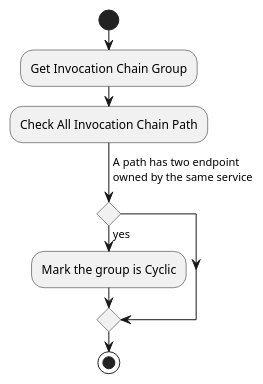
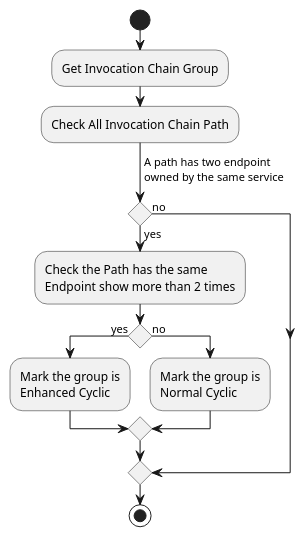
One commit to b4456609/mgp-back changed the diagram in diagram/findCyclicInvocationChain.puml. Above: the diagram before and after it, drawn with PlantUML.

Commit message:
update cyclic diagram

```diff
--- a/diagram/findCyclicInvocationChain.puml
+++ b/diagram/findCyclicInvocationChain.puml
@@ -1,10 +1,16 @@
 @startuml
 start
 :Get Invocation Chain Group;
 :Check All Invocation Chain Path;
 -> A path has two endpoint\nowned by the same service;
 if() then(yes)
-:Mark the group is Cyclic;
+:Check the Path has the same\nEndpoint show more than 2 times;
+if() then(yes)
+:Mark the group is\nEnhanced Cyclic;
+else(no)
+:Mark the group is\nNormal Cyclic;
+endif
+else(no)
 endif
 stop
 @enduml
```
